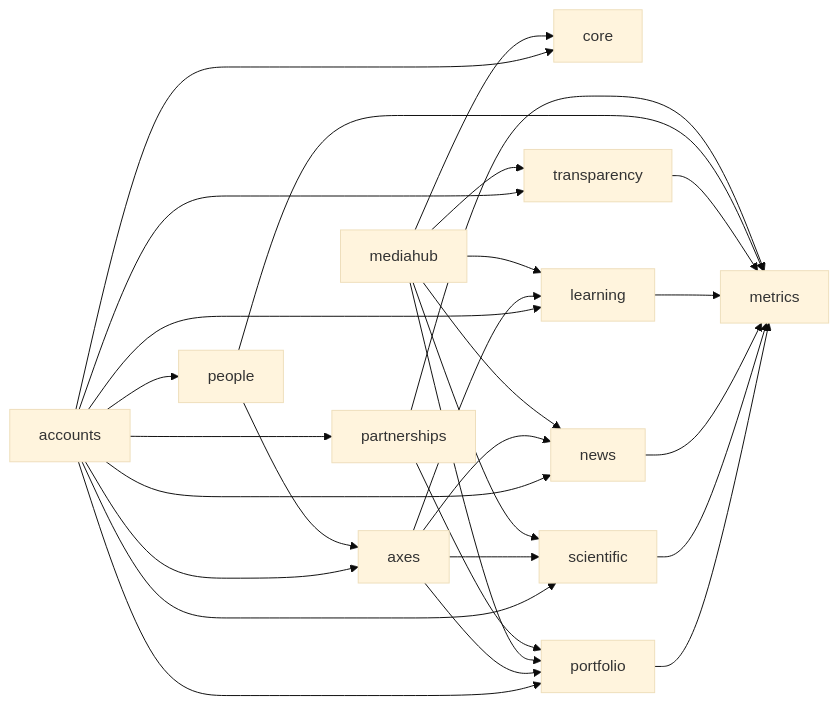
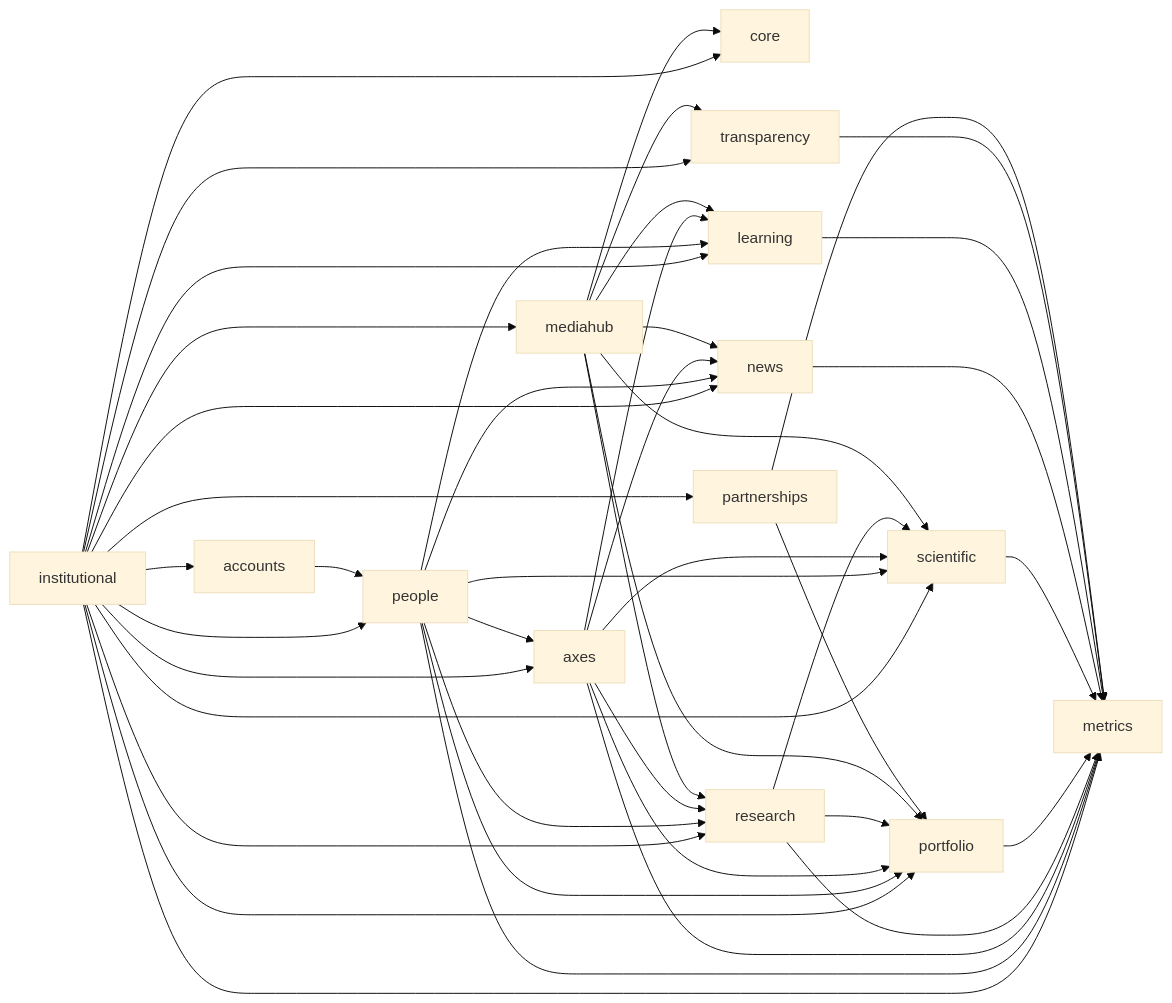
The diagram in docs/architecture/diagrams/module-map.md (MarcosVini753/latec-in), drawn with Mermaid (base theme) before and after one commit. The commit also changed other lines of this file and 28 other files, not shown here.

````diff
--- a/docs/architecture/diagrams/module-map.md
+++ b/docs/architecture/diagrams/module-map.md
@@ -3,35 +3,54 @@
 ```mermaid
 flowchart LR
-  accounts --> core
+  institutional --> accounts
+  institutional --> core
+  institutional --> people
+  institutional --> axes
+  institutional --> research
+  institutional --> portfolio
+  institutional --> scientific
+  institutional --> news
+  institutional --> learning
+  institutional --> transparency
+  institutional --> mediahub
+  institutional --> partnerships
+  institutional --> metrics
+
   accounts --> people
-  accounts --> axes
-  accounts --> portfolio
-  accounts --> scientific
-  accounts --> news
-  accounts --> learning
-  accounts --> transparency
-  accounts --> partnerships
 
   people --> axes
+  people --> research
+  people --> portfolio
+  people --> scientific
+  people --> news
+  people --> learning
+
+  axes --> research
   axes --> portfolio
   axes --> scientific
   axes --> news
   axes --> learning
 
+  research --> scientific
+  research --> portfolio
+
   mediahub --> core
+  mediahub --> research
   mediahub --> portfolio
   mediahub --> scientific
   mediahub --> news
   mediahub --> learning
   mediahub --> transparency
 
   partnerships --> portfolio
 
+  people --> metrics
+  axes --> metrics
+  research --> metrics
   portfolio --> metrics
   scientific --> metrics
   news --> metrics
   learning --> metrics
   transparency --> metrics
-  people --> metrics
   partnerships --> metrics
 ```
````
